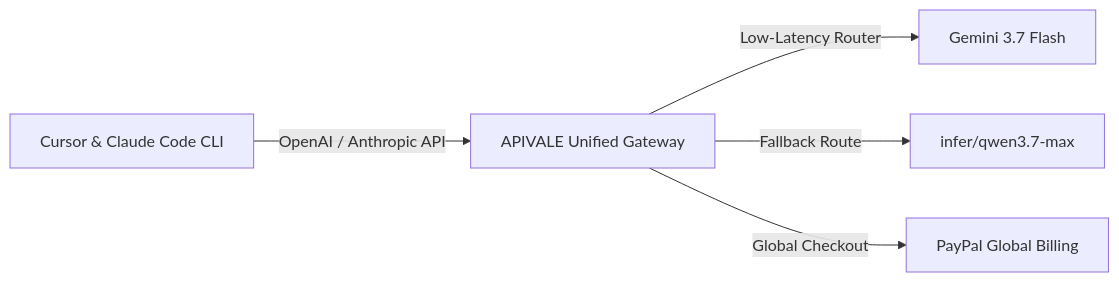
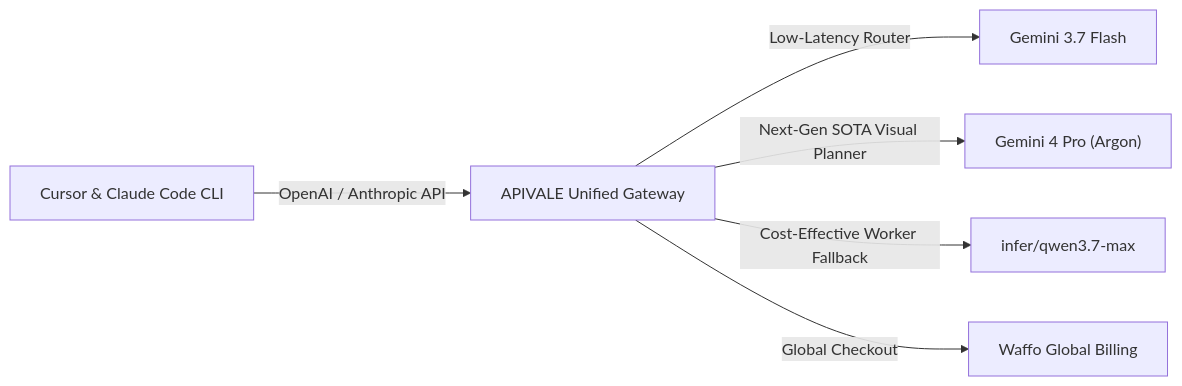
Before and after one commit to bshx2024/apivel_blog: the diagram in src/content/blog/gemini-3-7-flash-claude-code-setup.md, drawn with Mermaid. The commit also changed other lines of this file and 4 other files, not shown here.

Commit message:
feat(blog): publish gemini 4 pro release date & hybrid cost optimization guide

````diff
--- a/src/content/blog/gemini-3-7-flash-claude-code-setup.md
+++ b/src/content/blog/gemini-3-7-flash-claude-code-setup.md
@@ -41,7 +41,8 @@
 ```mermaid
 graph LR
     A["Cursor & Claude Code CLI"] -->|OpenAI / Anthropic API| B["APIVALE Unified Gateway"]
     B -->|Low-Latency Router| C["Gemini 3.7 Flash"]
-    B -->|Fallback Route| D["infer/qwen3.7-max"]
-    B -->|Global Checkout| E["PayPal Global Billing"]
+    B -->|Next-Gen SOTA Visual Planner| F["Gemini 4 Pro (Argon)"]
+    B -->|Cost-Effective Worker Fallback| D["infer/qwen3.7-max"]
+    B -->|Global Checkout| E["Waffo Global Billing"]
 ```
````
